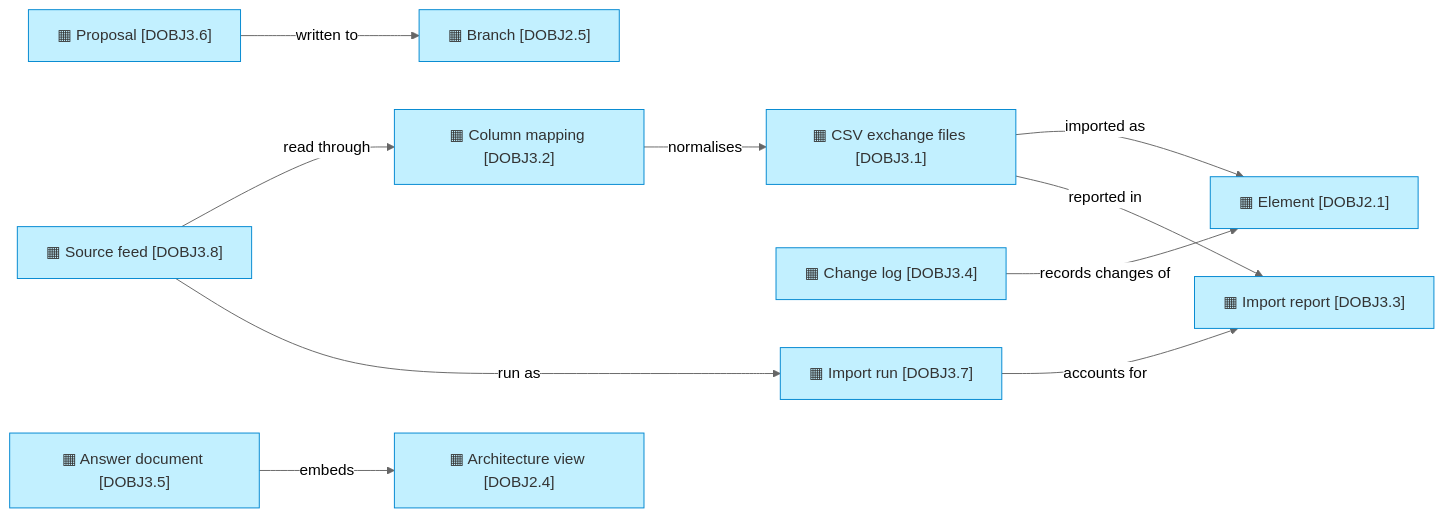
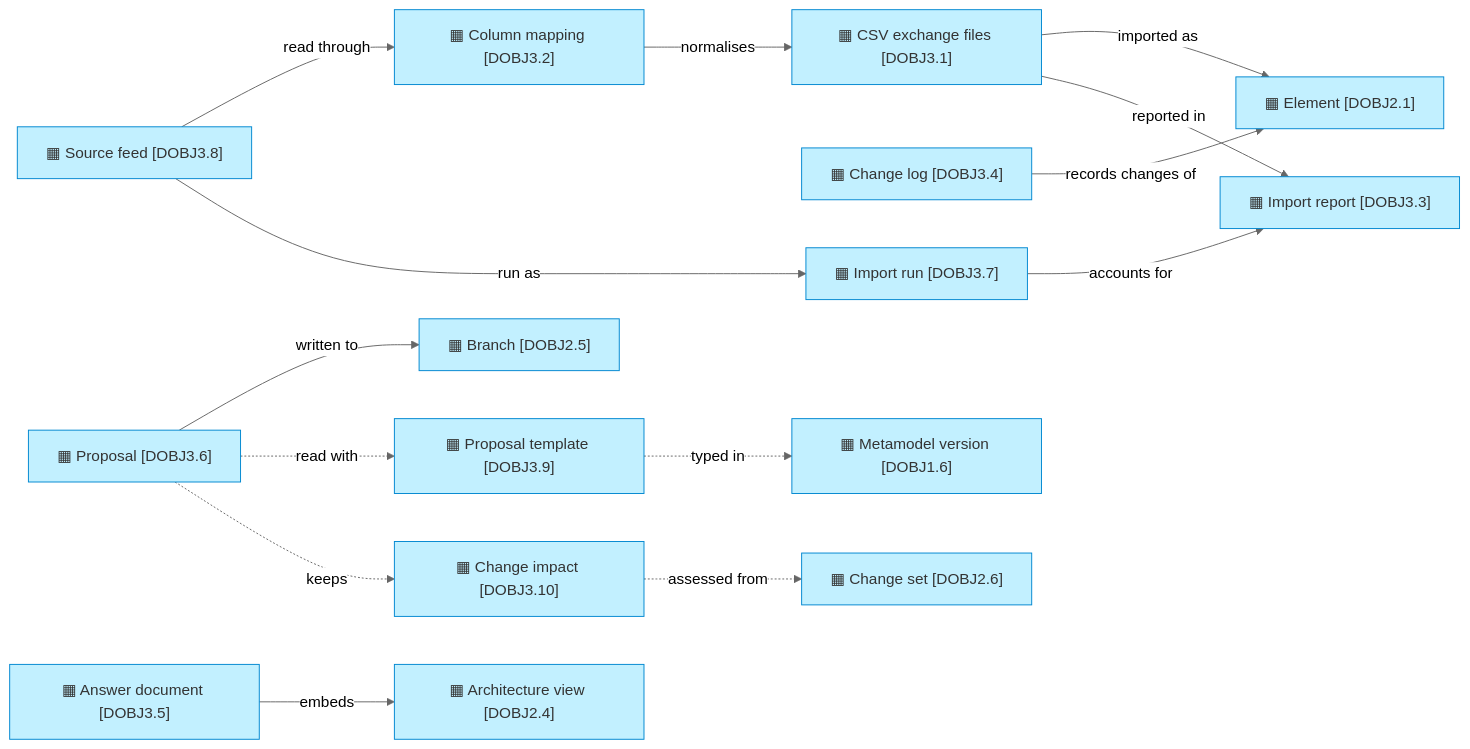
Before and after one commit to roanboc/dbx-enterprise-architecture: the fourth of 4 diagrams in architecture/3_information/1_data-objects.md, drawn with Mermaid (neutral theme). The commit also changed other lines of this file and 8 other files, not shown here.

First line of the commit message:
docs(architecture): initiative 22 drafted for Understanding — proposal templates, revisions and impact

````diff
--- a/architecture/3_information/1_data-objects.md
+++ b/architecture/3_information/1_data-objects.md
@@ -120,25 +122,33 @@
 ```mermaid
 flowchart LR
   csv["▦ CSV exchange files [DOBJ3.1]"]:::application
   map["▦ Column mapping [DOBJ3.2]"]:::application
   rep["▦ Import report [DOBJ3.3]"]:::application
   log["▦ Change log [DOBJ3.4]"]:::application
   ans["▦ Answer document [DOBJ3.5]"]:::application
   prop["▦ Proposal [DOBJ3.6]"]:::application
   run["▦ Import run [DOBJ3.7]"]:::application
   feed["▦ Source feed [DOBJ3.8]"]:::application
+  tpl["▦ Proposal template [DOBJ3.9]"]:::application
+  imp["▦ Change impact [DOBJ3.10]"]:::application
   el["▦ Element [DOBJ2.1]"]:::application
   br["▦ Branch [DOBJ2.5]"]:::application
+  cs["▦ Change set [DOBJ2.6]"]:::application
+  ver["▦ Metamodel version [DOBJ1.6]"]:::application
   view["▦ Architecture view [DOBJ2.4]"]:::application
   map -->|normalises| csv
   csv -->|imported as| el
   csv -->|reported in| rep
   log -->|records changes of| el
   ans -->|embeds| view
   prop -->|written to| br
+  prop -.->|read with| tpl
+  prop -.->|keeps| imp
+  imp -.->|assessed from| cs
+  tpl -.->|typed in| ver
   feed -->|read through| map
   run -->|accounts for| rep
   feed -->|run as| run
 
   classDef application fill:#c2f0ff,stroke:#0288d1,color:#333
 ```
````
